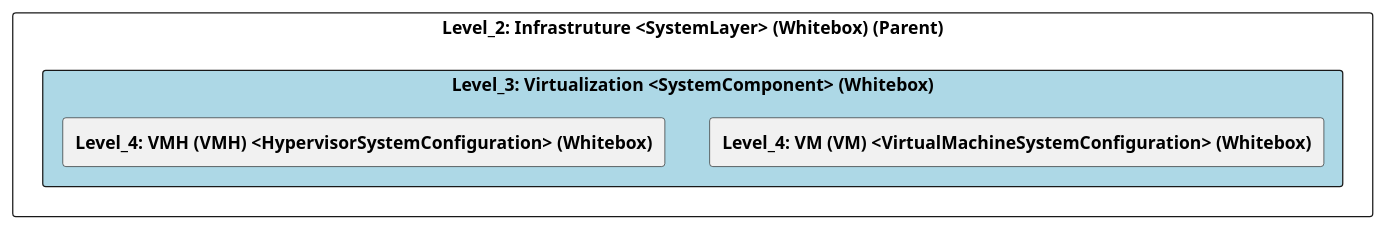
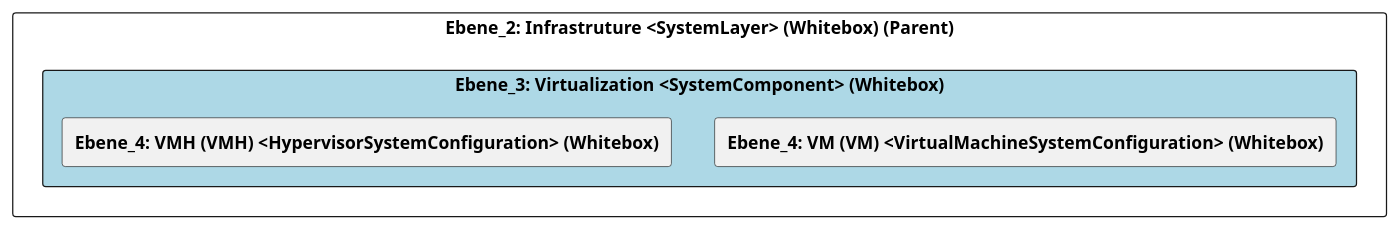
Before and after one commit to marcozwyssig/cleon: the diagram in src/cleon.architecturemethods.arc42.sample/doc/cleon_architecturemethods_arc42_sample_system/adoc/de/05_bausteinsicht/ikt/infrastruture/virtualization/ebene_3_virtualization.adoc, drawn with PlantUML. The commit also changed other lines of this file and 148 other files, not shown here.

```diff
--- a/src/cleon.architecturemethods.arc42.sample/doc/cleon_architecturemethods_arc42_sample_system/adoc/de/05_bausteinsicht/ikt/infrastruture/virtualization/ebene_3_virtualization.adoc
+++ b/src/cleon.architecturemethods.arc42.sample/doc/cleon_architecturemethods_arc42_sample_system/adoc/de/05_bausteinsicht/ikt/infrastruture/virtualization/ebene_3_virtualization.adoc
@@ -20,25 +20,25 @@
-[plantuml, Level_3: Virtualization <SystemComponent> (Whitebox)BlockOverview, format="svg"]
+[plantuml, Ebene_3: Virtualization <SystemComponent> (Whitebox)BlockOverview, format="svg"]
 ----
-@startuml Level_3: Virtualization <SystemComponent> (Whitebox)BuildingBlockOverview
+@startuml Ebene_3: Virtualization <SystemComponent> (Whitebox)BuildingBlockOverview
 
 skinparam ranksep 10
 skinparam componentStyle rectangle
 skinparam shadowing false
 skinparam arrowColor lightblue
 skinparam arrowThickness 1.2
 skinparam rectangle {
   BackgroundColor White
   BorderColor #333
   RoundCorner 10
 }
 top to bottom direction
 
-component "Level_2: Infrastruture <SystemLayer> (Whitebox) (Parent)" {
-    component "Level_3: Virtualization <SystemComponent> (Whitebox)" #lightblue {
-        [**Level_4: VM (VM) <VirtualMachineSystemConfiguration> (Whitebox)**] as B582462B_BEE0_11EF_B498_058EE446F8E7
-        [**Level_4: VMH (VMH) <HypervisorSystemConfiguration> (Whitebox)**] as B581F80A_BEE0_11EF_B498_058EE446F8E7
+component "Ebene_2: Infrastruture <SystemLayer> (Whitebox) (Parent)" {
+    component "Ebene_3: Virtualization <SystemComponent> (Whitebox)" #lightblue {
+        [**Ebene_4: VM (VM) <VirtualMachineSystemConfiguration> (Whitebox)**] as B582462B_BEE0_11EF_B498_058EE446F8E7
+        [**Ebene_4: VMH (VMH) <HypervisorSystemConfiguration> (Whitebox)**] as B581F80A_BEE0_11EF_B498_058EE446F8E7
     }
 }
 
 @enduml
 ----
```
